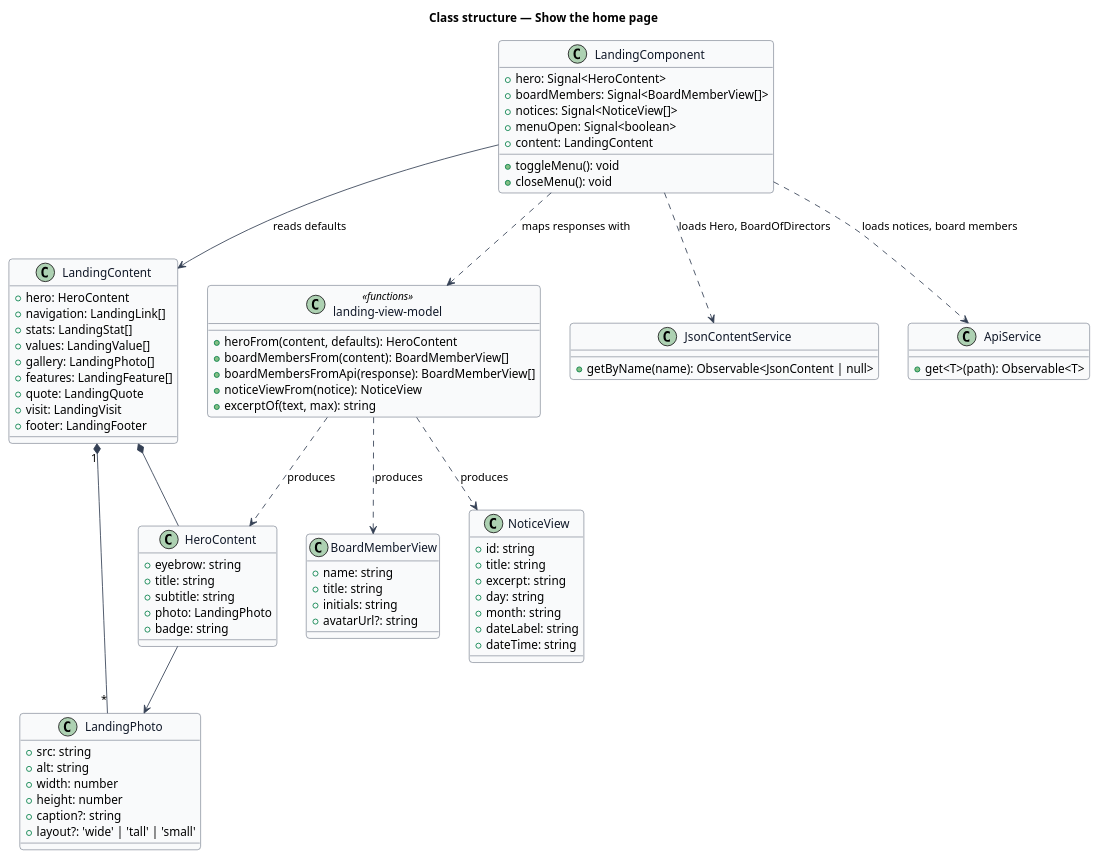
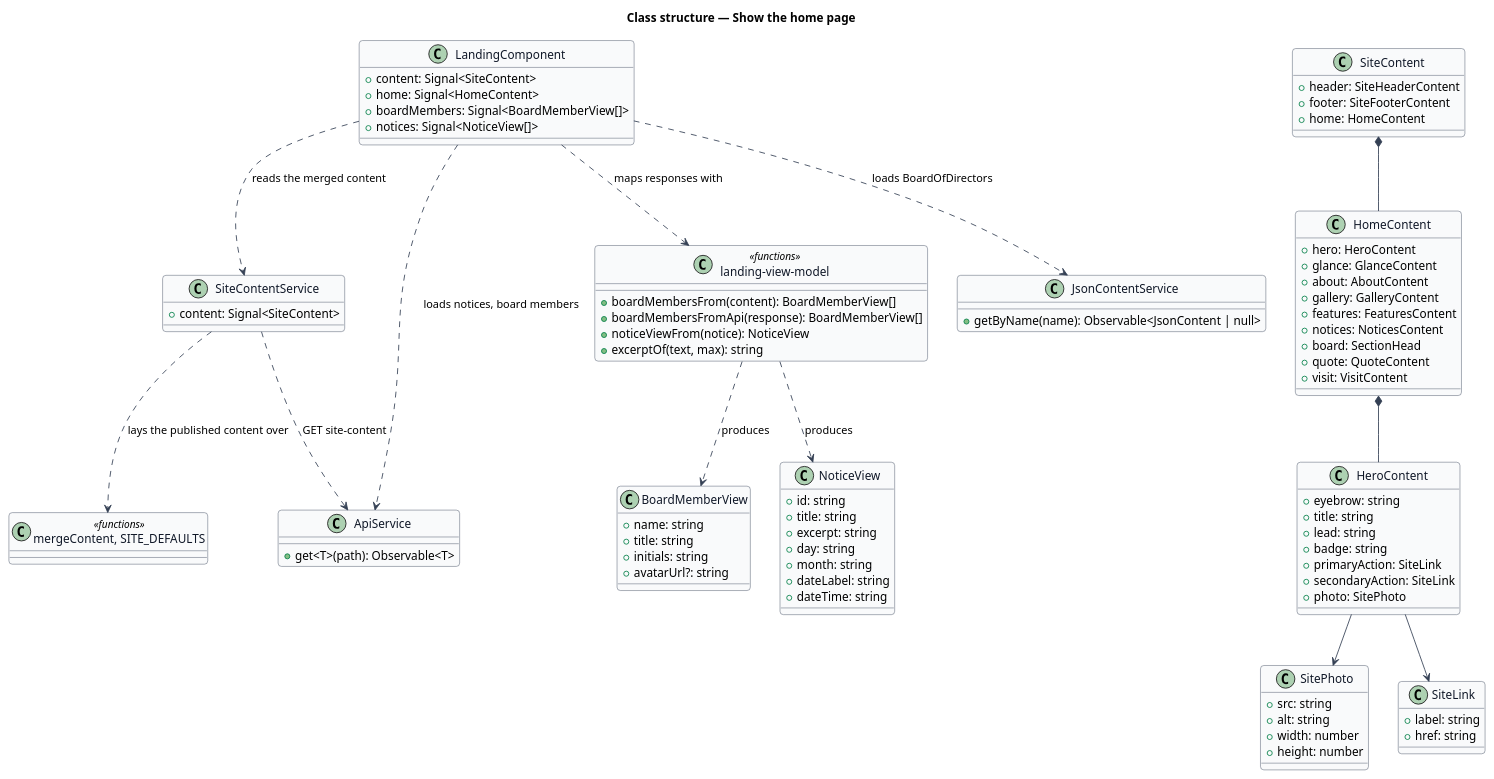
The diagram in docs/detailed-designs/public-app/show-home-page/diagrams/class.puml (QuinntyneBrown/Coop), drawn with PlantUML before and after one commit. The commit also changed 149 other files, not shown here.

```diff
--- a/docs/detailed-designs/public-app/show-home-page/diagrams/class.puml
+++ b/docs/detailed-designs/public-app/show-home-page/diagrams/class.puml
@@ -1,98 +1,113 @@
 @startuml
 ' --- shared skin header ---
 skinparam backgroundColor #FFFFFF
 skinparam shadowing false
 skinparam roundcorner 8
 skinparam defaultFontName Arial
 skinparam ArrowColor #344054
 skinparam class {
   BorderColor #344054
   FontColor #101828
   BackgroundColor #F9FAFB
 }
 ' --------------------------
 title Class structure — Show the home page
 
 class LandingComponent {
-  +hero: Signal<HeroContent>
+  +content: Signal<SiteContent>
+  +home: Signal<HomeContent>
   +boardMembers: Signal<BoardMemberView[]>
   +notices: Signal<NoticeView[]>
-  +menuOpen: Signal<boolean>
-  +content: LandingContent
-  +toggleMenu(): void
-  +closeMenu(): void
 }
 
-class LandingContent {
+class SiteContentService {
+  +content: Signal<SiteContent>
+}
+
+class SiteContent {
+  +header: SiteHeaderContent
+  +footer: SiteFooterContent
+  +home: HomeContent
+}
+
+class HomeContent {
   +hero: HeroContent
-  +navigation: LandingLink[]
-  +stats: LandingStat[]
-  +values: LandingValue[]
-  +gallery: LandingPhoto[]
-  +features: LandingFeature[]
-  +quote: LandingQuote
-  +visit: LandingVisit
-  +footer: LandingFooter
+  +glance: GlanceContent
+  +about: AboutContent
+  +gallery: GalleryContent
+  +features: FeaturesContent
+  +notices: NoticesContent
+  +board: SectionHead
+  +quote: QuoteContent
+  +visit: VisitContent
 }
 
 class HeroContent {
   +eyebrow: string
   +title: string
-  +subtitle: string
-  +photo: LandingPhoto
+  +lead: string
   +badge: string
+  +primaryAction: SiteLink
+  +secondaryAction: SiteLink
+  +photo: SitePhoto
 }
 
-class LandingPhoto {
+class SitePhoto {
   +src: string
   +alt: string
   +width: number
   +height: number
-  +caption?: string
-  +layout?: 'wide' | 'tall' | 'small'
 }
+
+class SiteLink {
+  +label: string
+  +href: string
+}
+
+class "mergeContent, SITE_DEFAULTS" as Defaults <<functions>>
 
 class BoardMemberView {
   +name: string
   +title: string
   +initials: string
   +avatarUrl?: string
 }
 
 class NoticeView {
   +id: string
   +title: string
   +excerpt: string
   +day: string
   +month: string
   +dateLabel: string
   +dateTime: string
 }
 
 class "landing-view-model" as VM <<functions>> {
-  +heroFrom(content, defaults): HeroContent
   +boardMembersFrom(content): BoardMemberView[]
   +boardMembersFromApi(response): BoardMemberView[]
   +noticeViewFrom(notice): NoticeView
   +excerptOf(text, max): string
 }
 
 class JsonContentService {
   +getByName(name): Observable<JsonContent | null>
 }
 
 class ApiService {
   +get<T>(path): Observable<T>
 }
 
-LandingComponent --> LandingContent : reads defaults
+LandingComponent ..> SiteContentService : reads the merged content
+SiteContentService ..> Defaults : lays the published content over
+SiteContentService ..> ApiService : GET site-content
+SiteContent *-- HomeContent
+HomeContent *-- HeroContent
+HeroContent --> SitePhoto
+HeroContent --> SiteLink
 LandingComponent ..> VM : maps responses with
-LandingComponent ..> JsonContentService : loads Hero, BoardOfDirectors
+LandingComponent ..> JsonContentService : loads BoardOfDirectors
 LandingComponent ..> ApiService : loads notices, board members
-LandingContent *-- HeroContent
-LandingContent "1" *-- "*" LandingPhoto
-HeroContent --> LandingPhoto
-VM ..> HeroContent : produces
 VM ..> BoardMemberView : produces
 VM ..> NoticeView : produces
 @enduml
```
